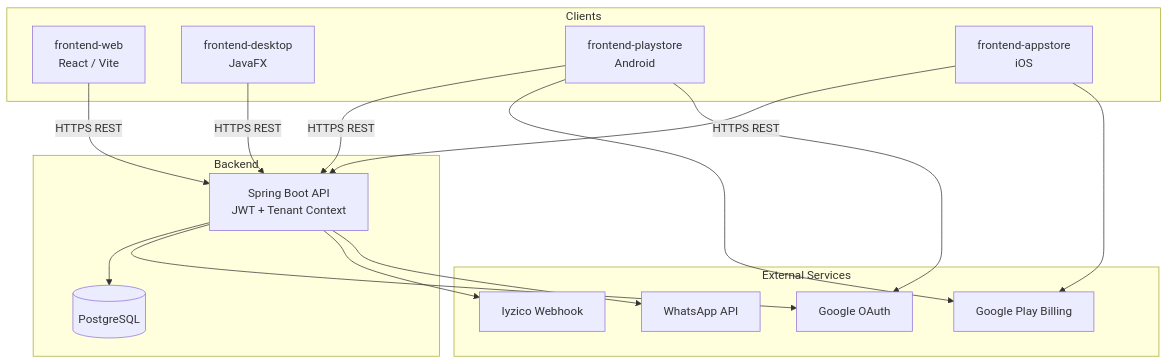
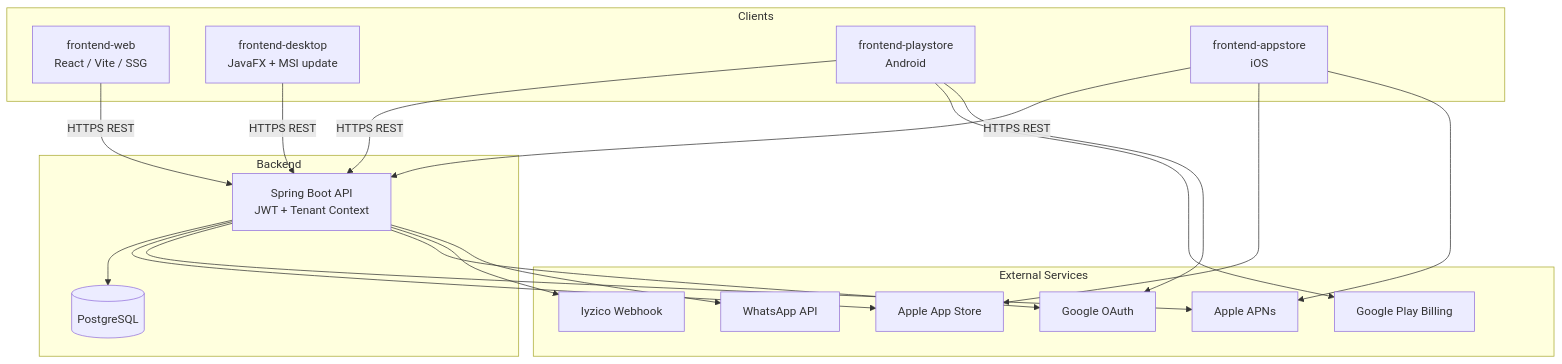
The diagram in README.md (emirrkls/Pusula-SaaS-Ecosystem), drawn with Mermaid before and after one commit. The commit also changed other lines of this file and 3 other files, not shown here.

First line of the commit message:
docs: sync README with App Store, APNs, and finance features

````diff
--- a/README.md
+++ b/README.md
@@ -61,34 +67,39 @@
 ```mermaid
 flowchart TB
     subgraph clients [Clients]
-        WEB[frontend-web<br/>React / Vite]
-        DESK[frontend-desktop<br/>JavaFX]
+        WEB[frontend-web<br/>React / Vite / SSG]
+        DESK[frontend-desktop<br/>JavaFX + MSI update]
         AND[frontend-playstore<br/>Android]
         IOS[frontend-appstore<br/>iOS]
     end
 
     subgraph backend [Backend]
         API[Spring Boot API<br/>JWT + Tenant Context]
         DB[(PostgreSQL)]
     end
 
     subgraph external [External Services]
         GP[Google Play Billing]
+        AS[Apple App Store]
+        APNS[Apple APNs]
         GAuth[Google OAuth]
         IYZ[Iyzico Webhook]
         WA[WhatsApp API]
     end
 
     WEB -->|HTTPS REST| API
     DESK -->|HTTPS REST| API
     AND -->|HTTPS REST| API
     IOS -->|HTTPS REST| API
 
     API --> DB
     AND --> GP
-    IOS --> GP
+    IOS --> AS
+    IOS --> APNS
+    API --> AS
+    API --> APNS
     AND --> GAuth
     API --> GAuth
     API --> IYZ
     API --> WA
 ```
````
